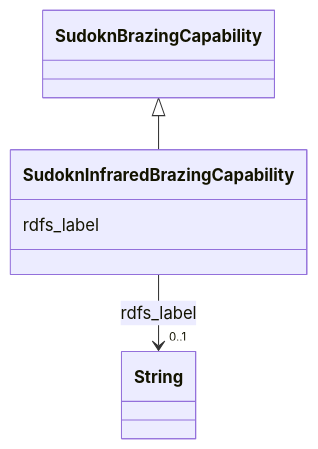
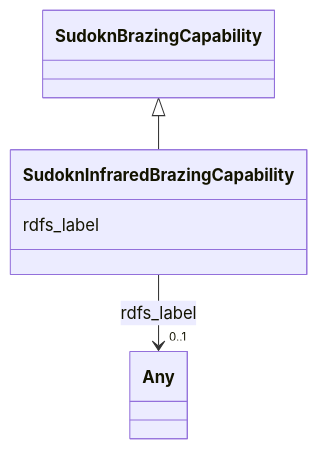
The diagram in sudokn-kg/classes/SudoknInfraredBrazingCapability.md (frink-okn/graph-descriptions), drawn with Mermaid before and after one commit. The commit also changed other lines of this file and 903 other files, not shown here.

````diff
--- a/sudokn-kg/classes/SudoknInfraredBrazingCapability.md
+++ b/sudokn-kg/classes/SudoknInfraredBrazingCapability.md
@@ -23,18 +16,18 @@
 ```mermaid
  classDiagram
     class SudoknInfraredBrazingCapability
     click SudoknInfraredBrazingCapability href "../SudoknInfraredBrazingCapability"
       SudoknBrazingCapability <|-- SudoknInfraredBrazingCapability
         click SudoknBrazingCapability href "../SudoknBrazingCapability"
       
       SudoknInfraredBrazingCapability : rdfs_label
         
           
     
     
-    SudoknInfraredBrazingCapability --> "0..1" String : rdfs_label
-    click String href "../String"
+    SudoknInfraredBrazingCapability --> "0..1" Any : rdfs_label
+    click Any href "../Any"
 
         
       
 ```
````
